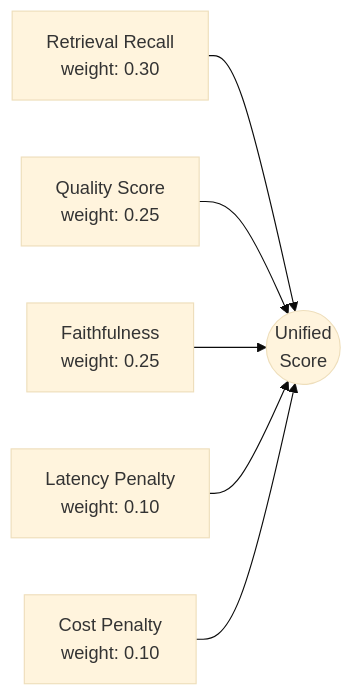
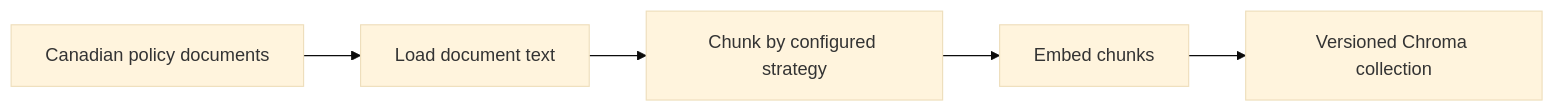
The third of 7 diagrams in self-improving-rag/Self_Improving_RAG_Guide.md (KUMAR-MOHANRAJAN/genai-projects), drawn with Mermaid (base theme) before and after one commit. The commit also changed other lines of this file and 7 other files, not shown here.

````diff
--- a/self-improving-rag/Self_Improving_RAG_Guide.md
+++ b/self-improving-rag/Self_Improving_RAG_Guide.md
@@ -152,8 +146,7 @@
 ```mermaid
 flowchart LR
-    R[Retrieval Recall\nweight: 0.30] --> U((Unified\nScore))
-    Q[Quality Score\nweight: 0.25] --> U
-    F[Faithfulness\nweight: 0.25] --> U
-    L[Latency Penalty\nweight: 0.10] --> U
-    C[Cost Penalty\nweight: 0.10] --> U
+   A[Canadian policy documents] --> B[Load document text]
+   B --> C[Chunk by configured strategy]
+   C --> D[Embed chunks]
+   D --> E[Versioned Chroma collection]
 ```
````
